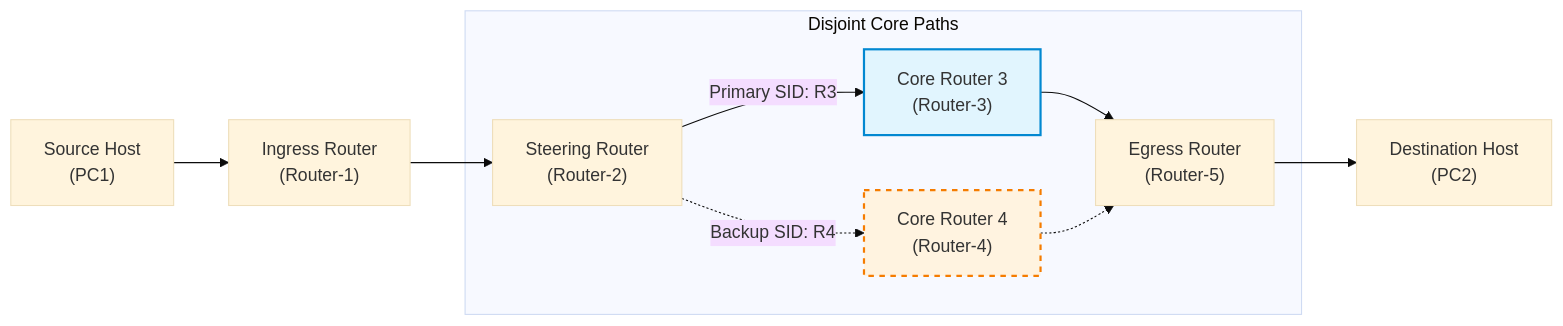
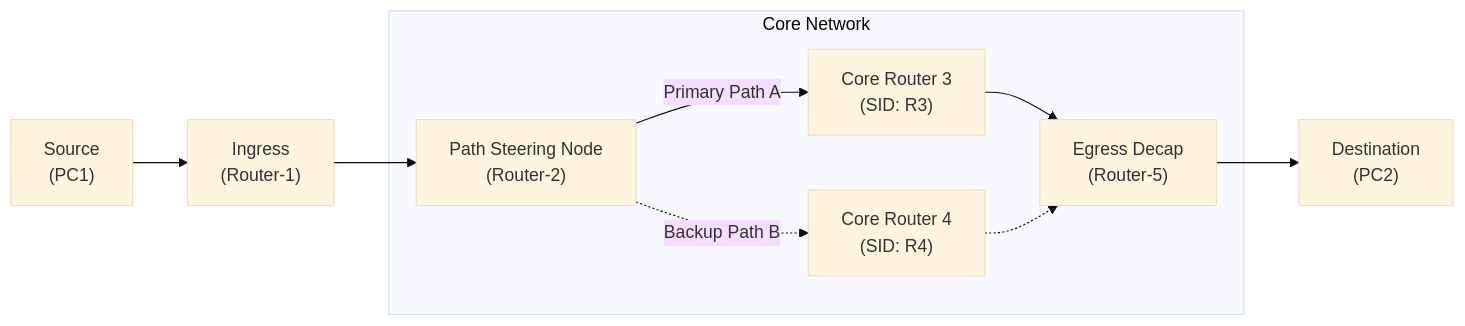
Before and after one commit to aiori-hackathon/A3-PS020-TC178: the diagram in README.md, drawn with Mermaid (base theme). The commit also changed other lines of this file, not shown here.

````diff
--- a/README.md
+++ b/README.md
@@ -58,19 +27,14 @@
 ```mermaid
 flowchart LR
-    PC1["Source Host\n(PC1)"] --> R1["Ingress Router\n(Router-1)"]
-    R1 --> R2["Steering Router\n(Router-2)"]
+    PC1["Source\n(PC1)"] --> R1["Ingress\n(Router-1)"]
+    R1 --> R2["Path Steering Node\n(Router-2)"]
     
-    subgraph Disjoint Core Paths
-        R2 -->|Primary SID: R3| R3["Core Router 3\n(Router-3)"]
-        R2 -.->|Backup SID: R4| R4["Core Router 4\n(Router-4)"]
-        R3 --> R5["Egress Router\n(Router-5)"]
+    subgraph Core Network
+        R2 -->|Primary Path A| R3["Core Router 3\n(SID: R3)"]
+        R2 -.->|Backup Path B| R4["Core Router 4\n(SID: R4)"]
+        R3 --> R5["Egress Decap\n(Router-5)"]
         R4 -.-> R5
     end
     
-    R5 --> PC2["Destination Host\n(PC2)"]
-
-    classDef primary fill:#e1f5fe,stroke:#0288d1,stroke-width:2px;
-    classDef backup fill:#fff3e0,stroke:#f57c00,stroke-width:2px,stroke-dasharray: 5 5;
-    class R3 primary;
-    class R4 backup;
+    R5 --> PC2["Destination\n(PC2)"]
 ```
````
